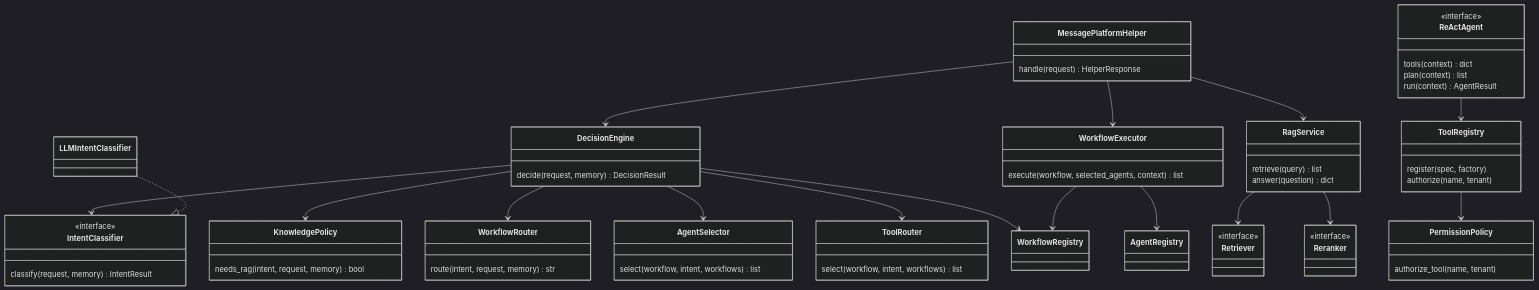
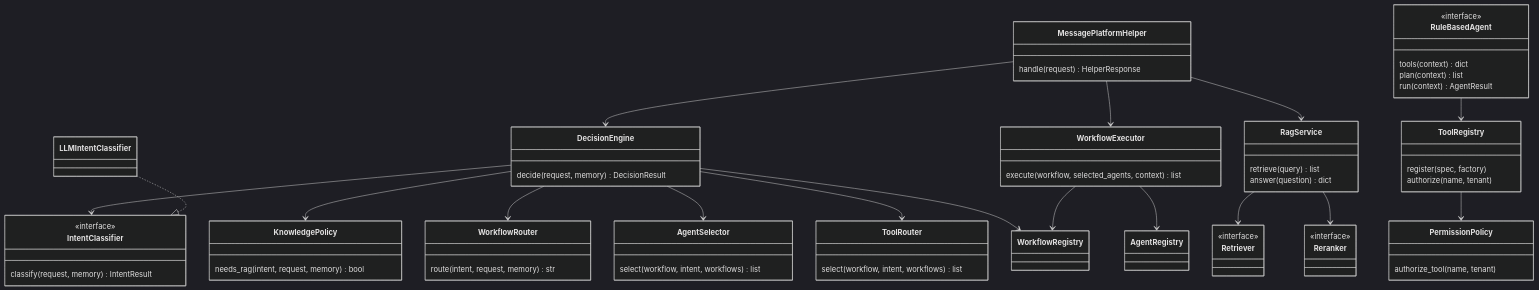
Before and after one commit to guoyuman/message-platform-helper: the second of 2 diagrams in docs/architecture.md, drawn with Mermaid (dark theme). The commit also changed other lines of this file and 16 other files, not shown here.

````diff
--- a/docs/architecture.md
+++ b/docs/architecture.md
@@ -137,71 +137,71 @@
 ```mermaid
 classDiagram
   class MessagePlatformHelper {
     handle(request) HelperResponse
   }
   class DecisionEngine {
     decide(request, memory) DecisionResult
   }
   class IntentClassifier {
     <<interface>>
     classify(request, memory) IntentResult
   }
   class LLMIntentClassifier
   class KnowledgePolicy {
     needs_rag(intent, request, memory) bool
   }
   class WorkflowRouter {
     route(intent, request, memory) str
   }
   class AgentSelector {
     select(workflow, intent, workflows) list
   }
   class ToolRouter {
     select(workflow, intent, workflows) list
   }
   class WorkflowRegistry
   class WorkflowExecutor {
     execute(workflow, selected_agents, context) list
   }
   class AgentRegistry
-  class ReActAgent {
+  class RuleBasedAgent {
     <<interface>>
     tools(context) dict
     plan(context) list
     run(context) AgentResult
   }
   class ToolRegistry {
     register(spec, factory)
     authorize(name, tenant)
   }
   class PermissionPolicy {
     authorize_tool(name, tenant)
   }
   class RagService {
     retrieve(query) list
     answer(question) dict
   }
   class Retriever {
     <<interface>>
   }
   class Reranker {
     <<interface>>
   }
 
   MessagePlatformHelper --> DecisionEngine
   MessagePlatformHelper --> WorkflowExecutor
   MessagePlatformHelper --> RagService
   DecisionEngine --> IntentClassifier
   LLMIntentClassifier ..|> IntentClassifier
   DecisionEngine --> KnowledgePolicy
   DecisionEngine --> WorkflowRouter
   DecisionEngine --> AgentSelector
   DecisionEngine --> ToolRouter
   DecisionEngine --> WorkflowRegistry
   WorkflowExecutor --> WorkflowRegistry
   WorkflowExecutor --> AgentRegistry
-  ReActAgent --> ToolRegistry
+  RuleBasedAgent --> ToolRegistry
   ToolRegistry --> PermissionPolicy
   RagService --> Retriever
   RagService --> Reranker
 ```
````
